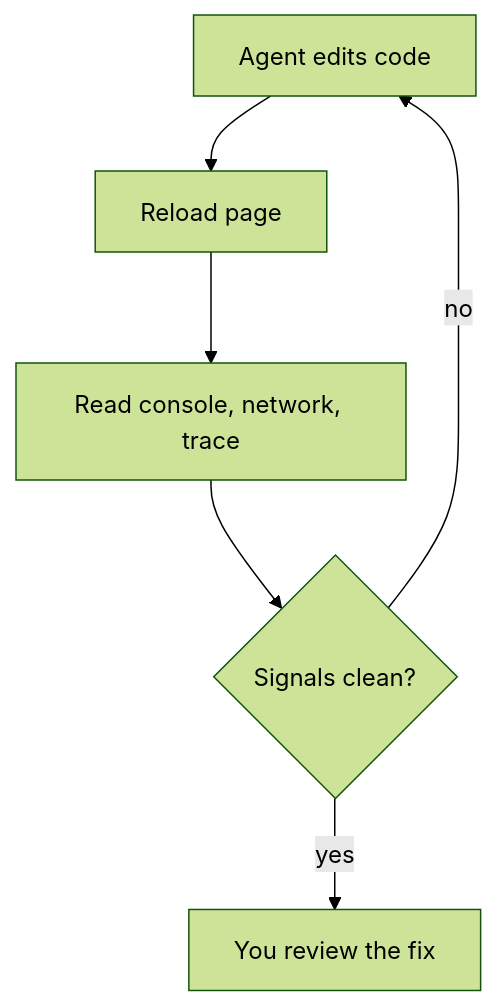
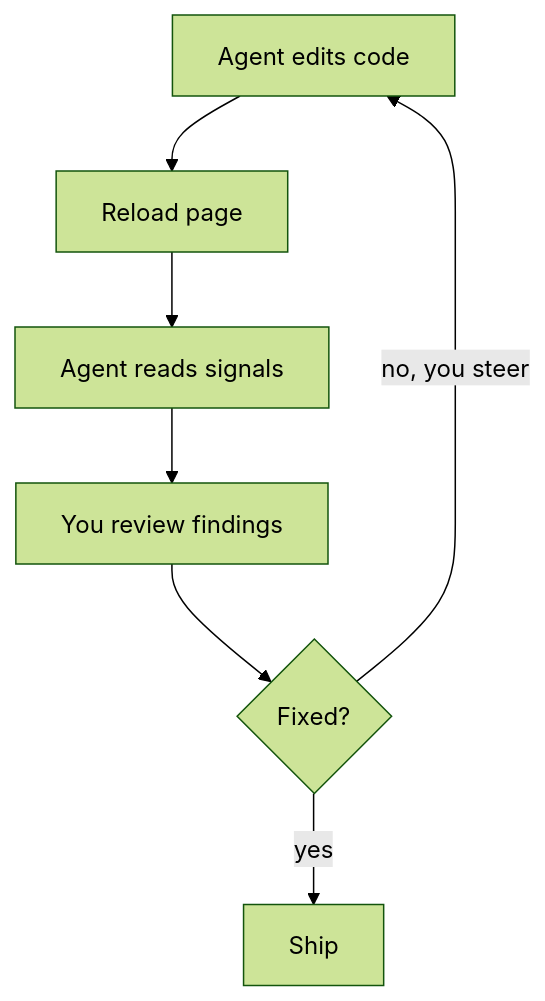
One commit to helderberto/helderberto.com changed the second of 4 diagrams in posts/debugging-in-the-agentic-era.md. Above: the diagram before and after it, drawn with Mermaid (forest theme). The commit also changed other lines of this file and 4 other files, not shown here.

````diff
--- a/posts/debugging-in-the-agentic-era.md
+++ b/posts/debugging-in-the-agentic-era.md
@@ -70,9 +72,10 @@
 ```mermaid
 flowchart TD
-  accTitle: The agent's debug loop
-  accDescr: The agent edits the code, reloads the page, and reads the console, network, and performance trace. If problems remain, it edits again. When the signals are clean, you review the fix.
-  edit[Agent edits code] --> reload[Reload page] --> read[Read console, network, trace]
-  read --> clean{Signals clean?}
-  clean -- no --> edit
-  clean -- yes --> review[You review the fix]
+  accTitle: The debug loop
+  accDescr: The agent edits the code, reloads the page, and reads the console, network, and performance trace. You review what it found. If the issue isn't fixed, you steer the agent and it edits again. When it's fixed, you ship.
+  edit[Agent edits code] --> reload[Reload page] --> read[Agent reads signals]
+  read --> review[You review findings]
+  review --> fixed{Fixed?}
+  fixed -- no, you steer --> edit
+  fixed -- yes --> ship[Ship]
 ```
````
